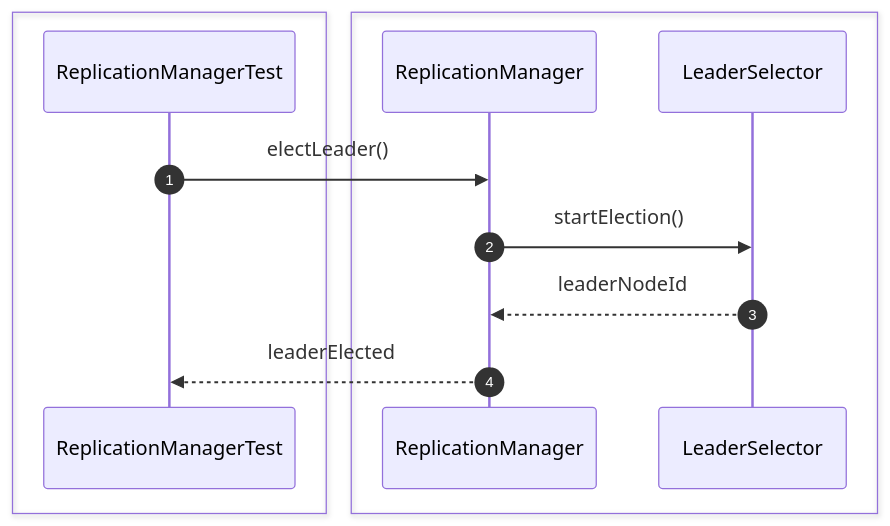
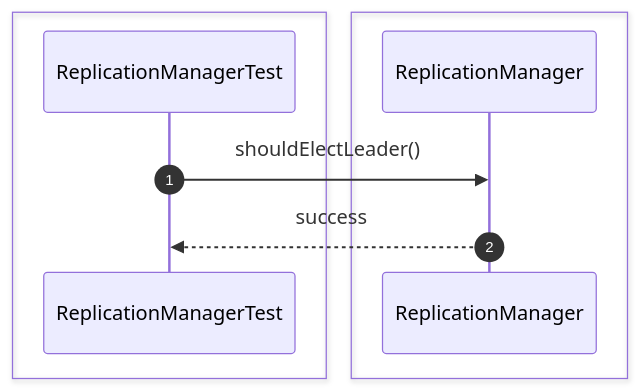
The third of 26 diagrams in src/sequence/replication.md (Huy1801214/dbms-architecture), drawn with Mermaid before and after one commit. The commit also changed other lines of this file and 68 other files, not shown here.

Commit message:
implement comprehensive unit test suite and architectural sequence documentation

````diff
--- a/src/sequence/replication.md
+++ b/src/sequence/replication.md
@@ -46,17 +36,13 @@
 ```mermaid
 sequenceDiagram
     autonumber
-
     box #e1f5fe Test Suite
     participant Test as ReplicationManagerTest
     end
-    box #ffebee Replication Components
-    participant Manager as ReplicationManager
-    participant Selector as LeaderSelector
+    box #e3f2fd ReplicationManager Component
+    participant RM as ReplicationManager
     end
 
-    Test->>Manager: electLeader()
-    Manager->>Selector: startElection()
-    Selector-->>Manager: leaderNodeId
-    Manager-->>Test: leaderElected
+    Test->>RM: shouldElectLeader()
+    RM-->>Test: success
 ```
````
